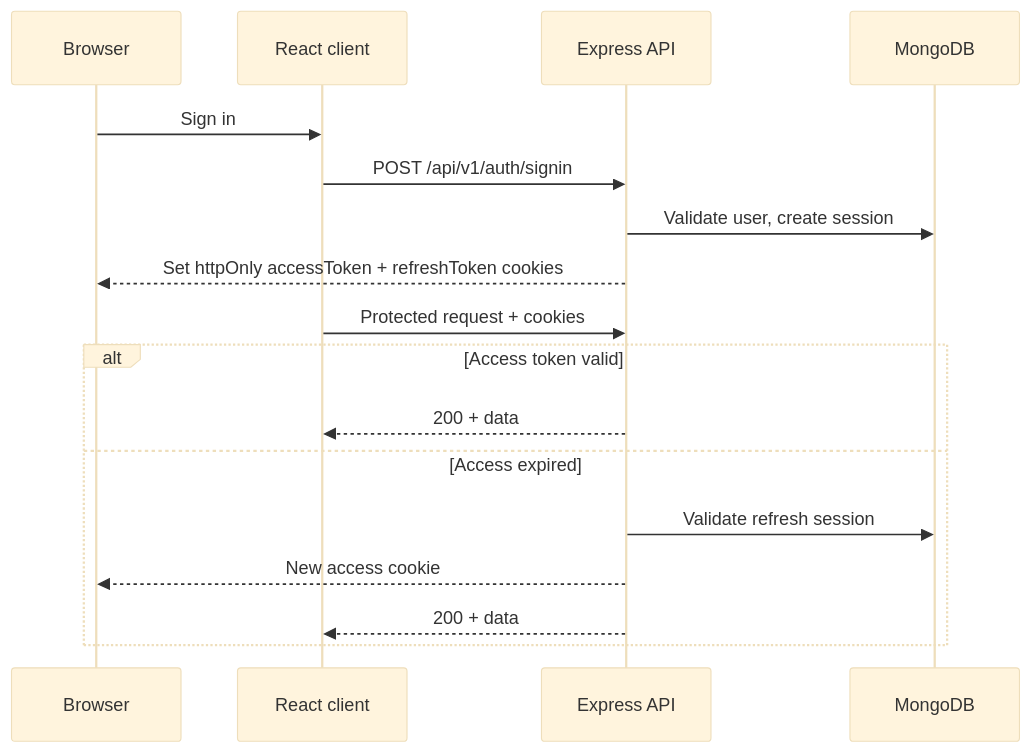
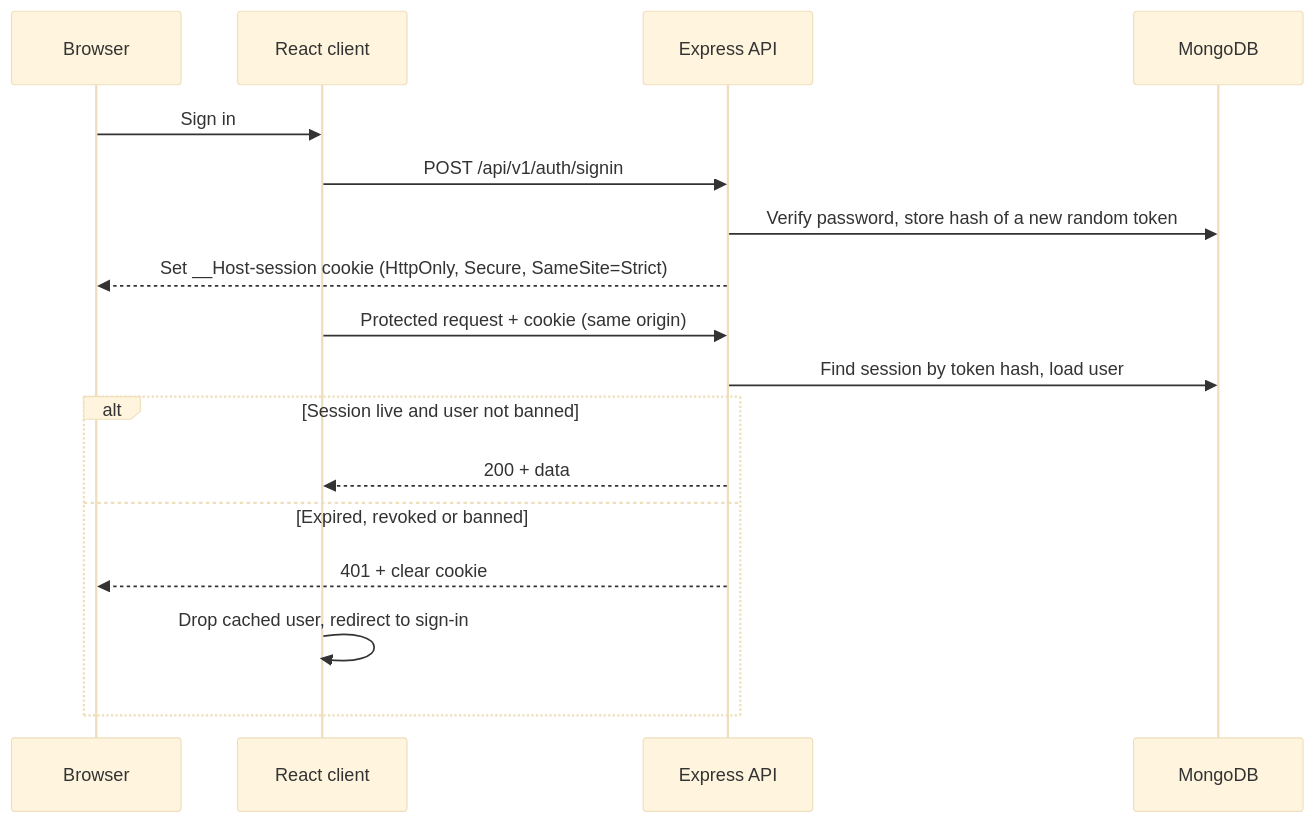
The first of 2 diagrams in README.md (moh-sa/proShop), drawn with Mermaid (base theme) before and after one commit. The commit also changed other lines of this file, not shown here.

Commit message:
docs: describe session auth in the README

````diff
--- a/README.md
+++ b/README.md
@@ -71,20 +75,20 @@
 ```mermaid
 sequenceDiagram
   participant Browser
   participant Client as React client
   participant API as Express API
   participant DB as MongoDB
 
   Browser->>Client: Sign in
   Client->>API: POST /api/v1/auth/signin
-  API->>DB: Validate user, create session
-  API-->>Browser: Set httpOnly accessToken + refreshToken cookies
-  Client->>API: Protected request + cookies
-  alt Access token valid
+  API->>DB: Verify password, store hash of a new random token
+  API-->>Browser: Set __Host-session cookie (HttpOnly, Secure, SameSite=Strict)
+  Client->>API: Protected request + cookie (same origin)
+  API->>DB: Find session by token hash, load user
+  alt Session live and user not banned
     API-->>Client: 200 + data
-  else Access expired
-    API->>DB: Validate refresh session
-    API-->>Browser: New access cookie
-    API-->>Client: 200 + data
+  else Expired, revoked or banned
+    API-->>Browser: 401 + clear cookie
+    Client->>Client: Drop cached user, redirect to sign-in
   end
 ```
````
